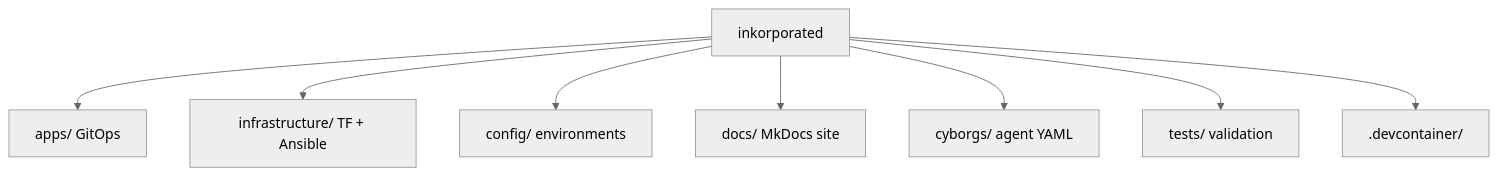
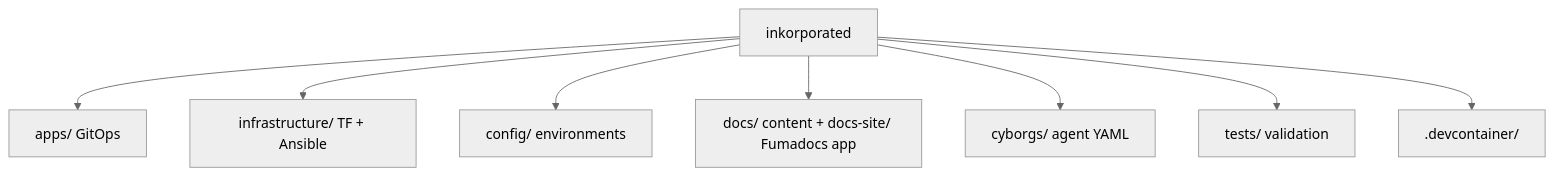
The third of 8 diagrams in README.md (toxicoder/inkorporated), drawn with Mermaid (neutral theme) before and after one commit. The commit also changed other lines of this file and 7 other files, not shown here.

First line of the commit message:
docs: describe the Fumadocs site in the contributor guides

````diff
--- a/README.md
+++ b/README.md
@@ -84,11 +84,11 @@
 ```mermaid
 flowchart TB
   root[inkorporated]
   root --> apps[apps/ GitOps]
   root --> infra[infrastructure/ TF + Ansible]
   root --> config[config/ environments]
-  root --> docs[docs/ MkDocs site]
+  root --> docs[docs/ content + docs-site/ Fumadocs app]
   root --> cyborgs[cyborgs/ agent YAML]
   root --> tests[tests/ validation]
   root --> devc[.devcontainer/]
 ```
````
